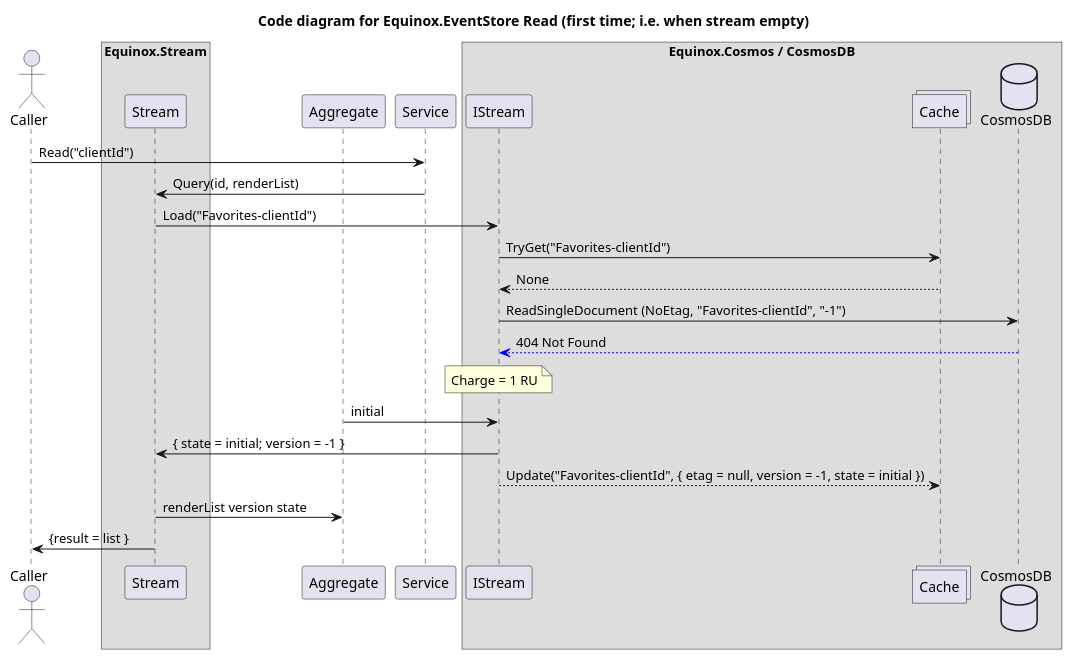
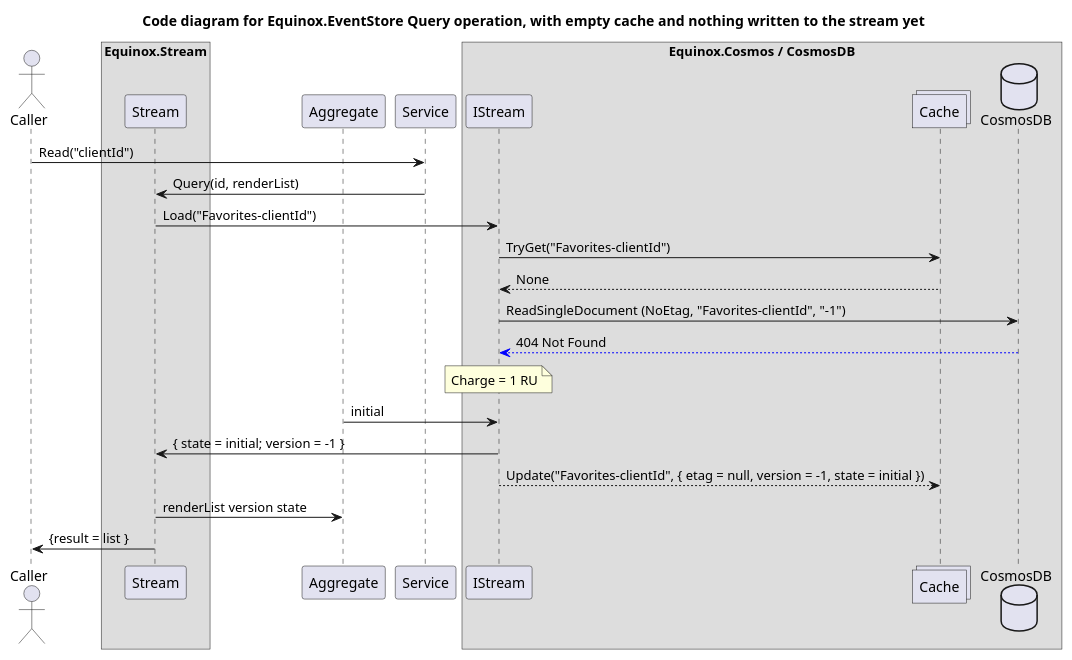
One commit to jet/equinox changed the first of 4 diagrams in diagrams/CosmosCode.puml. Above: the diagram before and after it, drawn with PlantUML. The commit also changed other lines of this file and 2 other files, not shown here.

Commit message:
Fix code diagram titles

```diff
--- a/diagrams/CosmosCode.puml
+++ b/diagrams/CosmosCode.puml
@@ -1,30 +1,30 @@
 @startuml
-title Code diagram for Equinox.EventStore Read (first time; i.e. when stream empty)
+title Code diagram for Equinox.EventStore Query operation, with empty cache and nothing written to the stream yet
 
 actor Caller order 20
 box "Equinox.Stream"
     participant Stream order 40
 end box
 participant Aggregate order 50
 participant Service order 60
 box "Equinox.Cosmos / CosmosDB"
   participant IStream order 80
   collections Cache order 90
   database CosmosDB order 100
 end box
 
 Caller -> Service: Read("clientId")
 participant Aggregate
 Service -> Stream: Query(id, renderList)
 Stream -> IStream: Load("Favorites-clientId")
 IStream -> Cache: TryGet("Favorites-clientId")
 Cache --> IStream: None
 IStream -> CosmosDB: ReadSingleDocument (NoEtag, "Favorites-clientId", "-1")
 CosmosDB -[#blue]-> IStream: 404 Not Found
 note over IStream: Charge = 1 RU
 IStream <- Aggregate: initial
 IStream -> Stream: { state = initial; version = -1 }
 IStream --> Cache: Update("Favorites-clientId", { etag = null, version = -1, state = initial })
 Stream -> Aggregate: renderList version state
 Stream -> Caller: {result = list }
 @enduml
```
